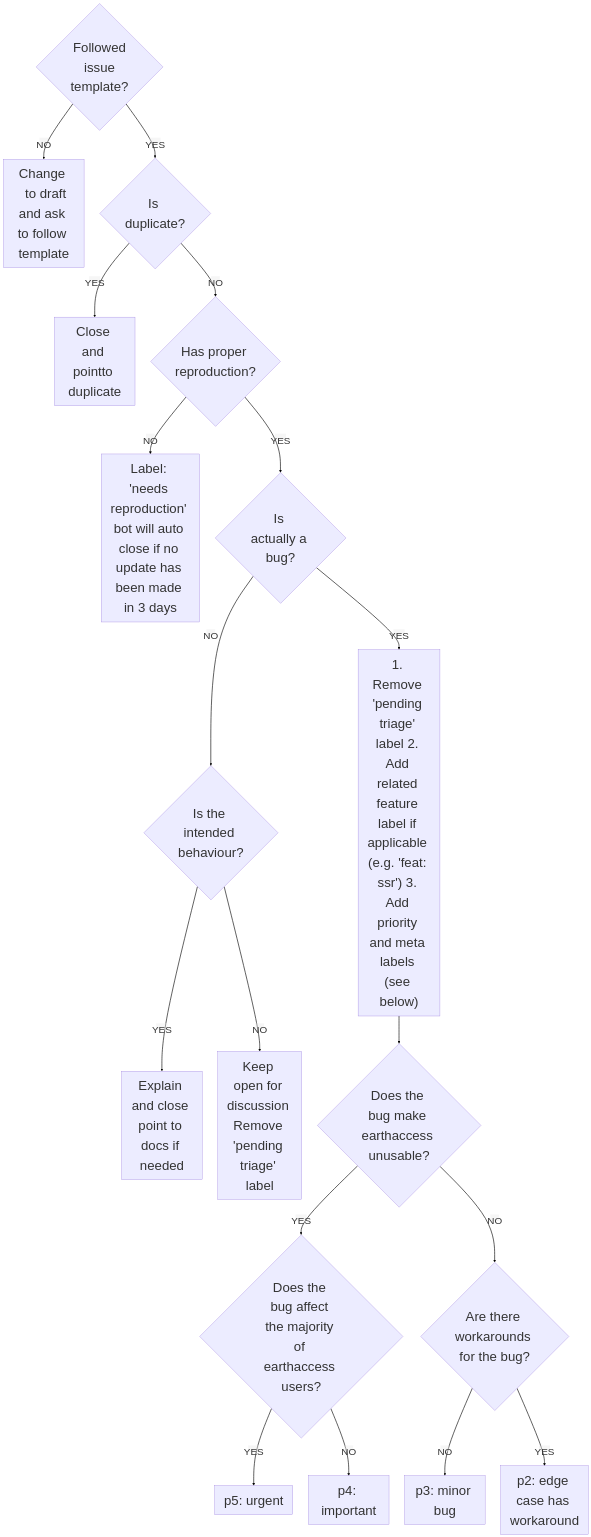
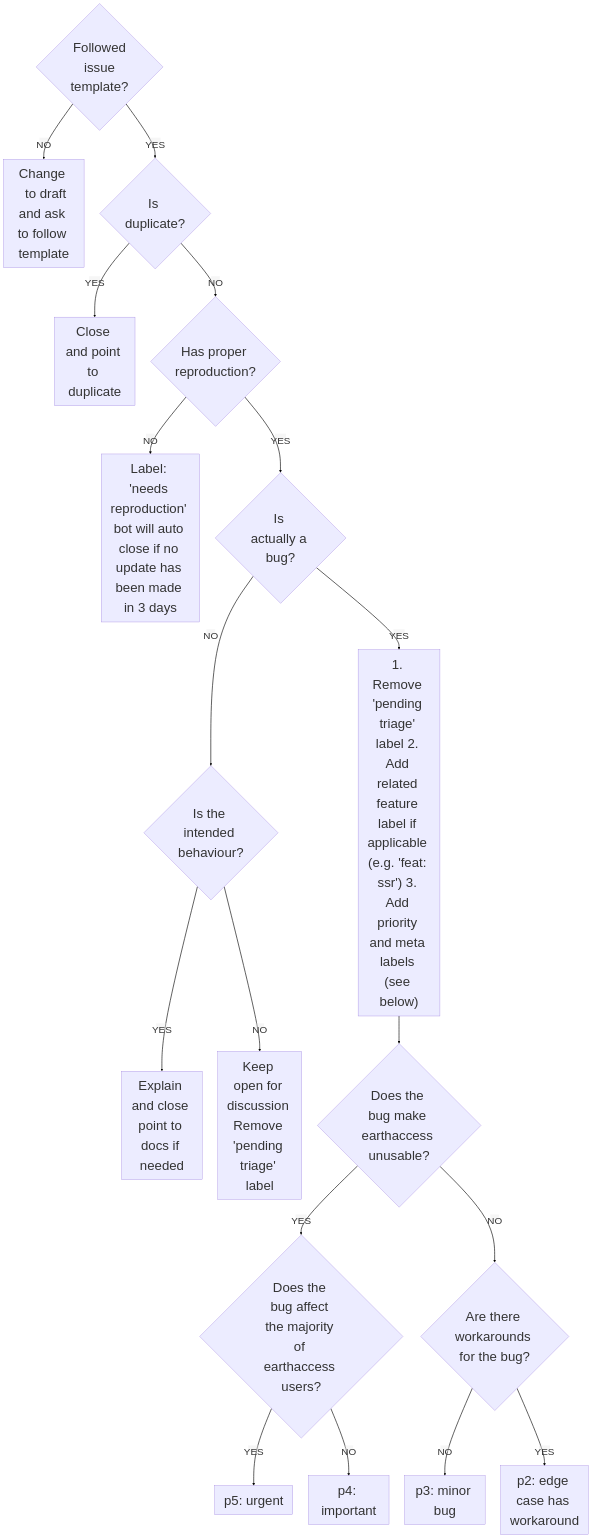
Before and after one commit to nsidc/earthaccess: the diagram in docs/contributing/triaging.md, drawn with Mermaid. The commit also changed 2 other files, not shown here.

Commit message:
Initial triaging draft

````diff
--- a/docs/contributing/triaging.md
+++ b/docs/contributing/triaging.md
@@ -119,31 +119,31 @@
 ``` mermaid
 
 flowchart TD
   %%{init: {"flowchart": {"htmlLabels": false}} }%%
   classDef default font-size:32pt;
   start{"`Followed 
   issue 
   template?`"}
   start ==NO==> close1[Change 
   to draft and ask to follow template]
   start == YES ==> dupe{Is duplicate?}
-  dupe == YES ==> close2[Close and pointto duplicate]
+  dupe == YES ==> close2[Close and point to duplicate]
   dupe == NO ==> repro{Has proper reproduction?}
   repro == NO ==> close3[Label: 'needs reproduction' bot will auto close if no update has been made in 3 days]
   repro == YES ==> real{Is actually a bug?}
   real == NO ==> intended{Is the intended behaviour?}
   intended == YES ==> explain[Explain and close point to docs if needed]
   intended == NO ==> open[Keep open for discussion Remove 'pending triage' label]
   real == YES ==> real2["1. Remove 'pending triage' label 2. Add related feature label if applicable (e.g. 'feat: ssr') 3. Add priority and meta labels (see below)"]
   real2 ==> unusable{Does the bug make earthaccess unusable?}
   unusable == YES ==> maj{Does the bug affect the majority of earthaccess users?}
   maj == YES ==> p5[p5: urgent]
   maj == NO ==> p4[p4: important]
   unusable == NO ==> workarounds{Are there workarounds for the bug?}
   workarounds == NO ==> p3[p3: minor bug]
   workarounds == YES ==> p2[p2: edge case has workaround]
 
   %% Link Color %%
     linkStyle default stroke:black,stroke-width:2px,font-size:24pt;
 
 ```
````
